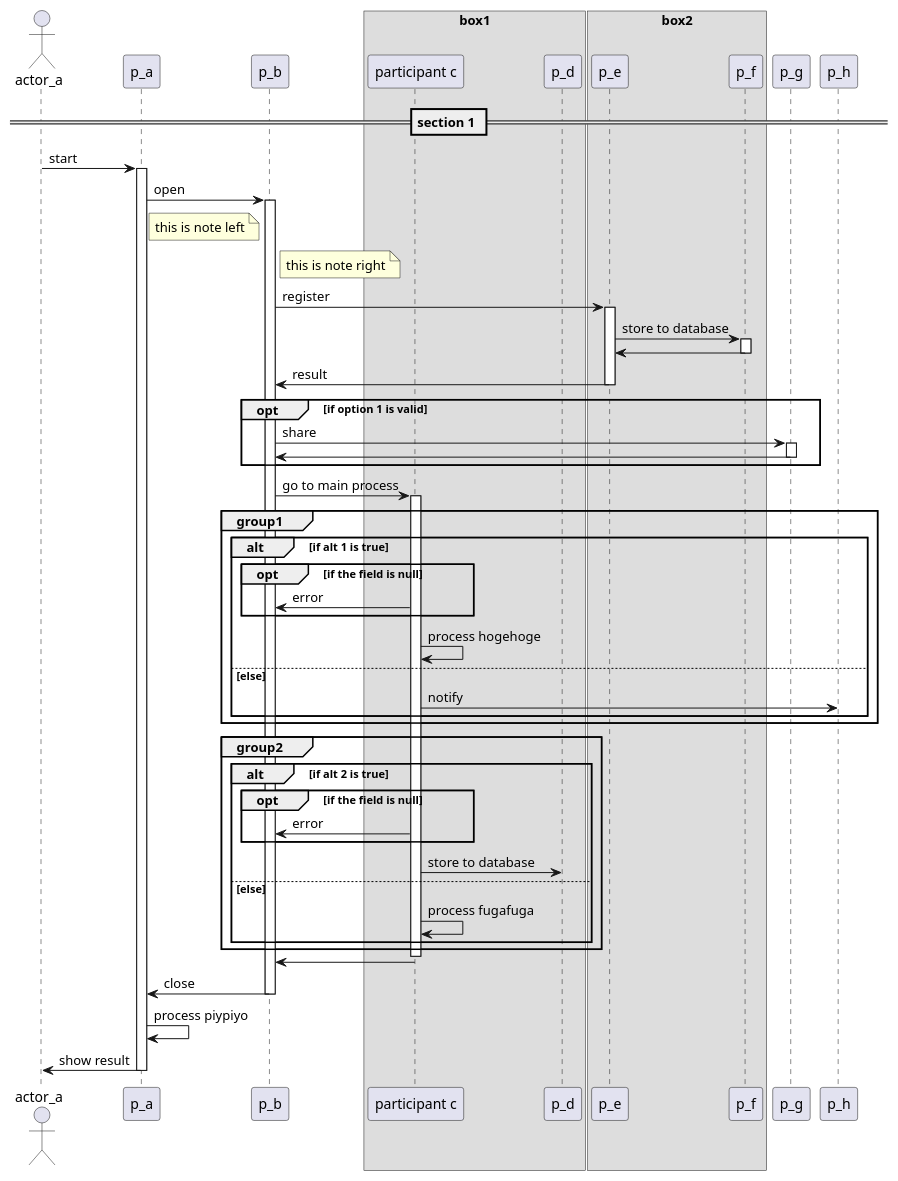
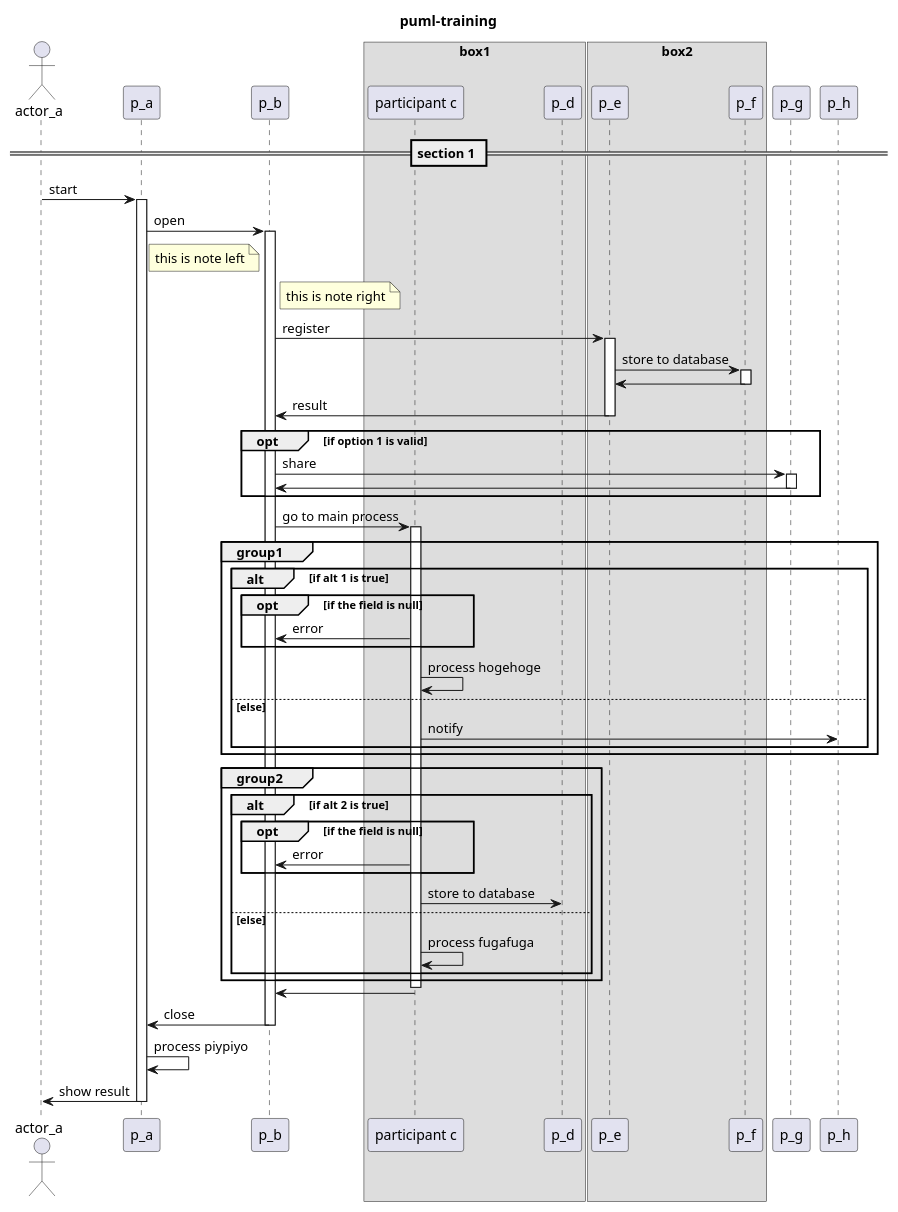
The diagram in sample.puml (yokrh/puml-training), drawn with PlantUML before and after one commit.

```diff
--- a/sample.puml
+++ b/sample.puml
@@ -1,74 +1,76 @@
 @startuml uml1
+
+title puml-training
 
 actor actor_a
 participant p_a
 participant p_b
 box box1
 participant "participant c" as p_c
 participant p_d
 endbox
 box box2
 participant p_e
 participant p_f
 endbox
 participant p_g
 participant p_h
 
 == section 1 ==
 
 actor_a -> p_a : start
 activate p_a
   p_a -> p_b : open
   note left p_b : this is note left
   note right p_b : this is note right
   activate p_b
     p_b -> p_e : register
     activate p_e
       p_e -> p_f : store to database
       activate p_f
         p_f -> p_e
       deactivate p_f
       p_e -> p_b : result
     deactivate p_e
 
     opt if option 1 is valid
       p_b -> p_g : share
       activate p_g
         p_g -> p_b
       deactivate p_g
     end opt
 
     p_b -> p_c : go to main process
 
     activate p_c
       group group1
         alt if alt 1 is true
           opt if the field is null
             p_c -> p_b : error
           end opt
           p_c -> p_c : process hogehoge
         else else
           p_c -> p_h : notify
         end alt
       end group
 
       group group2
         alt if alt 2 is true
           opt if the field is null
             p_c -> p_b : error
           end opt
           p_c -> p_d : store to database
         else else
           p_c -> p_c : process fugafuga
         end alt
       end group
     deactivate p_c
 
     p_c -> p_b
     p_b -> p_a : close
   deactivate p_b
 p_a -> p_a : process piypiyo
 p_a -> actor_a : show result
 deactivate p_a
 
 @enduml
```
